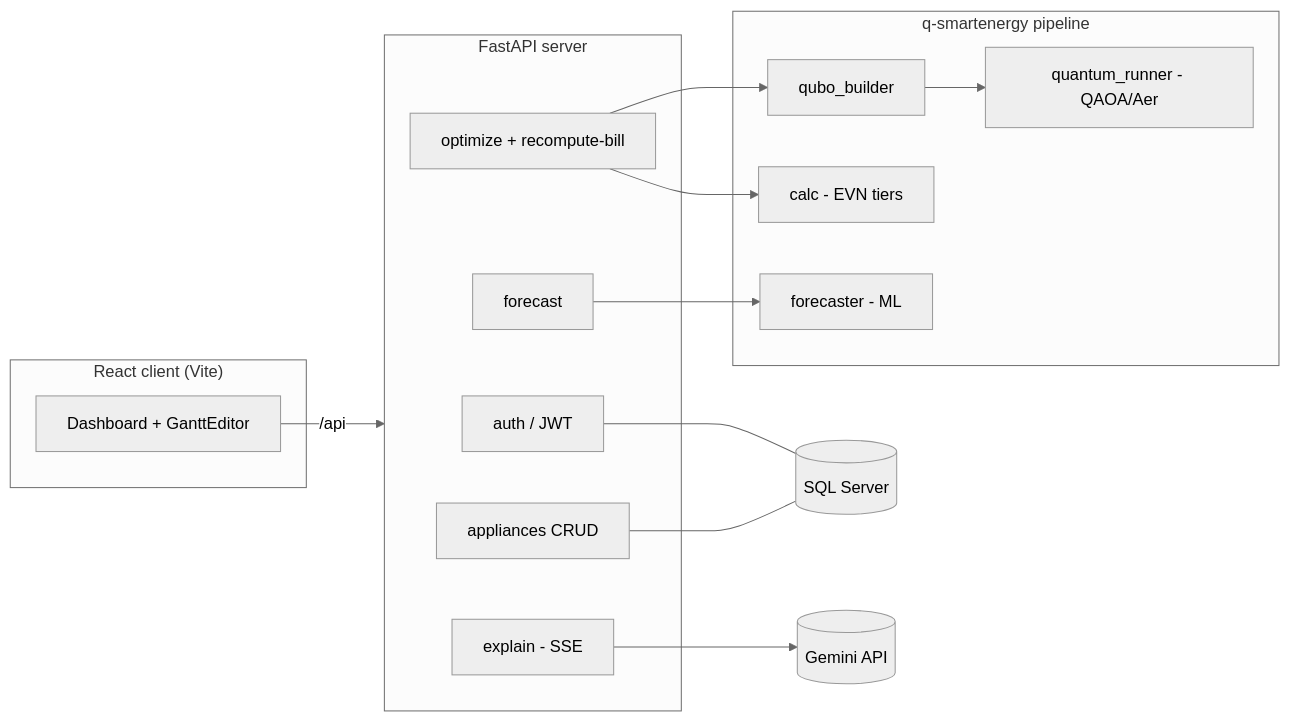
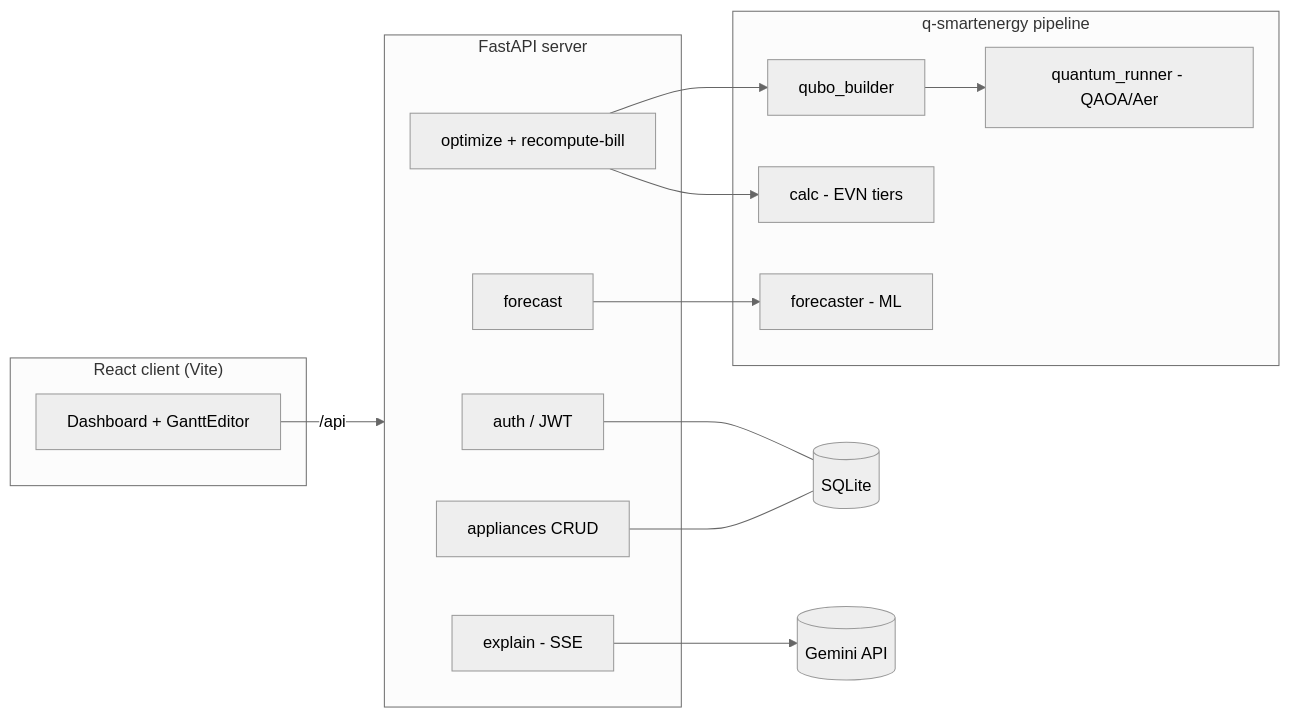
The diagram in README.md (nguyentandung2886/-Q-SmartEnergy-Smart-Home-Appliance-Scheduling-Optimization-using-Quantum-QAOA), drawn with Mermaid (neutral theme) before and after one commit. The commit also changed other lines of this file and 10 other files, not shown here.

First line of the commit message:
refactor(db): migrate from SQL Server to SQLite

````diff
--- a/README.md
+++ b/README.md
@@ -12,29 +12,29 @@
 ```mermaid
 flowchart LR
     subgraph Client["React client (Vite)"]
         UI[Dashboard + GanttEditor]
     end
     subgraph Server["FastAPI server"]
         AUTH[auth / JWT]
         APP[appliances CRUD]
         OPT[optimize + recompute-bill]
         FC[forecast]
         EXP[explain - SSE]
     end
     subgraph Pipeline["q-smartenergy pipeline"]
         QUBO[qubo_builder]
         QRUN[quantum_runner - QAOA/Aer]
         CALC[calc - EVN tiers]
         FCAST[forecaster - ML]
     end
-    DB[(SQL Server)]
+    DB[(SQLite)]
     GEM[(Gemini API)]
 
     UI -->|/api| Server
     AUTH --- DB
     APP --- DB
     OPT --> QUBO --> QRUN
     OPT --> CALC
     FC --> FCAST
     EXP --> GEM
 ```
````
